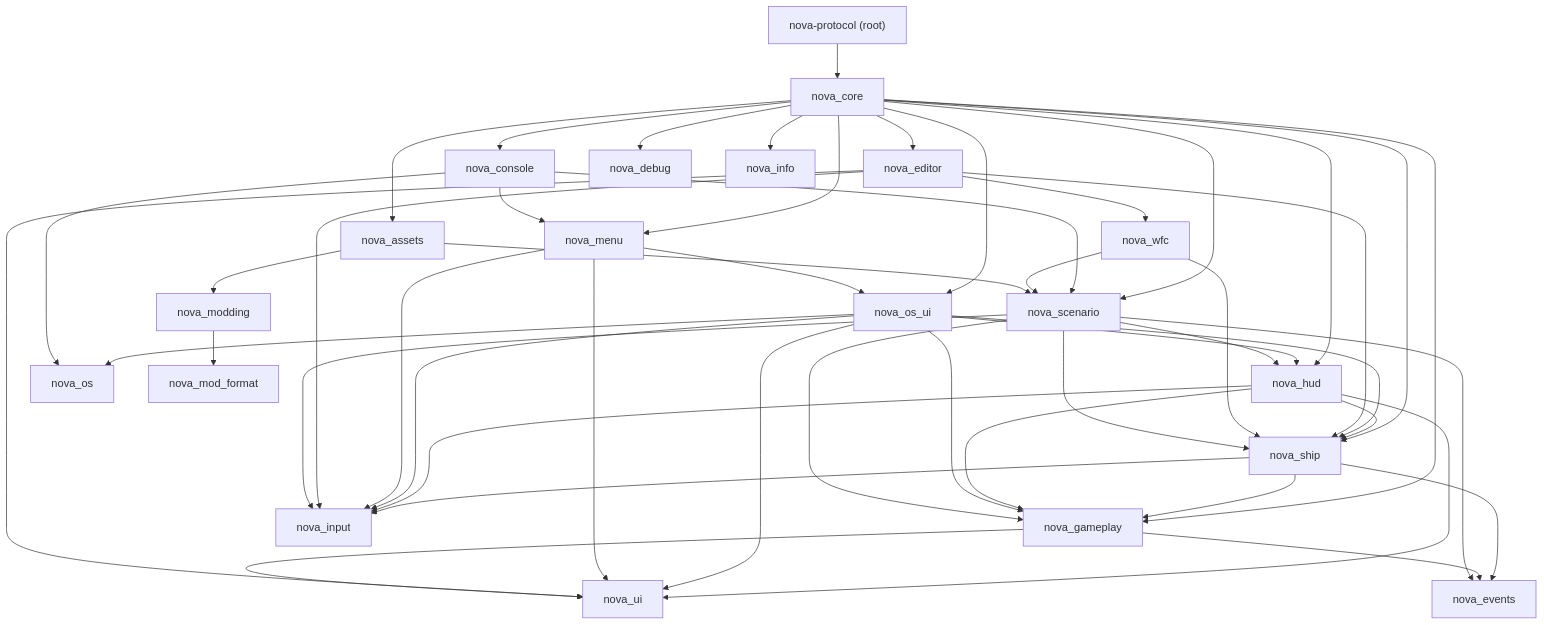
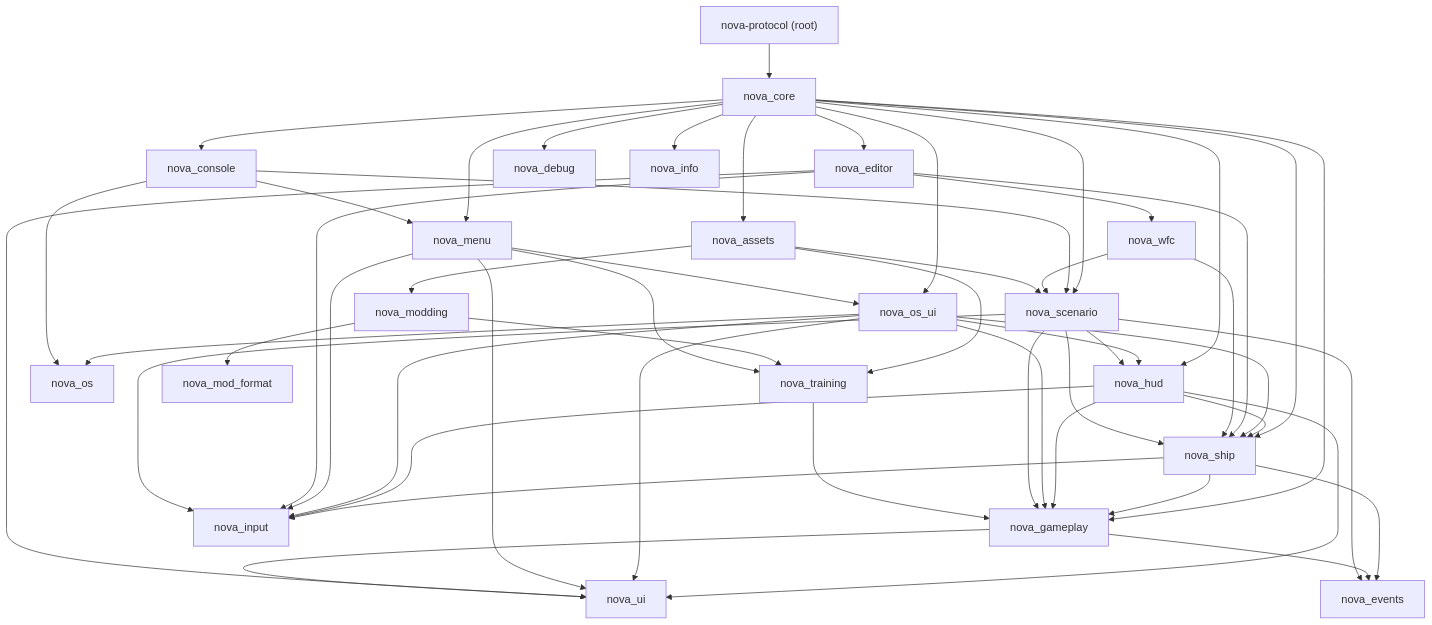
The first of 3 diagrams in docs/architecture.md (alexjercan/nova-protocol), drawn with Mermaid before and after one commit. The commit also changed other lines of this file and 137 other files, not shown here.

````diff
--- a/docs/architecture.md
+++ b/docs/architecture.md
@@ -45,50 +46,54 @@
 ```mermaid
 graph TD
     root["nova-protocol (root)"] --> core["nova_core"]
     core --> menu["nova_menu"]
     core --> editor["nova_editor"]
     core --> gameplay["nova_gameplay"]
     core --> ship["nova_ship"]
     core --> hud["nova_hud"]
     core --> osui["nova_os_ui"]
     core --> console["nova_console"]
     core --> scenario["nova_scenario"]
     core --> assets["nova_assets"]
     ship --> gameplay
     ship --> events["nova_events"]
     hud --> ship
     hud --> gameplay
     hud --> ui["nova_ui"]
     osui --> hud
     osui --> ship
     osui --> gameplay
     osui --> os["nova_os"]
     osui --> ui
     menu --> osui
     console --> menu
     console --> os
     console --> scenario
     menu --> ui
     editor --> ship
     editor --> ui
     editor --> wfc["nova_wfc"]
     wfc --> ship
     wfc --> scenario
     gameplay --> events
     gameplay --> ui
     ship --> input["nova_input"]
     hud --> input
     osui --> input
     menu --> input
     editor --> input
     scenario --> input
     scenario --> events
     scenario --> gameplay
     scenario --> ship
     scenario --> hud
     assets --> modding["nova_modding"]
     assets --> scenario
+    assets --> training["nova_training"]
     modding --> modfmt["nova_mod_format"]
+    modding --> training
+    menu --> training
+    training --> gameplay
     core --> debug["nova_debug"]
     core --> info["nova_info"]
 ```
````
